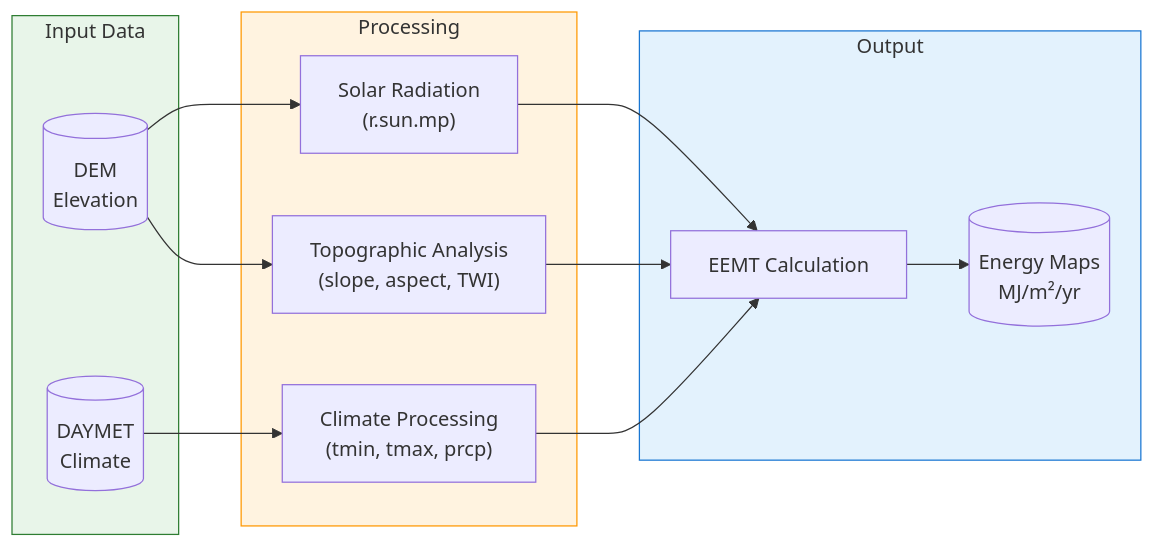
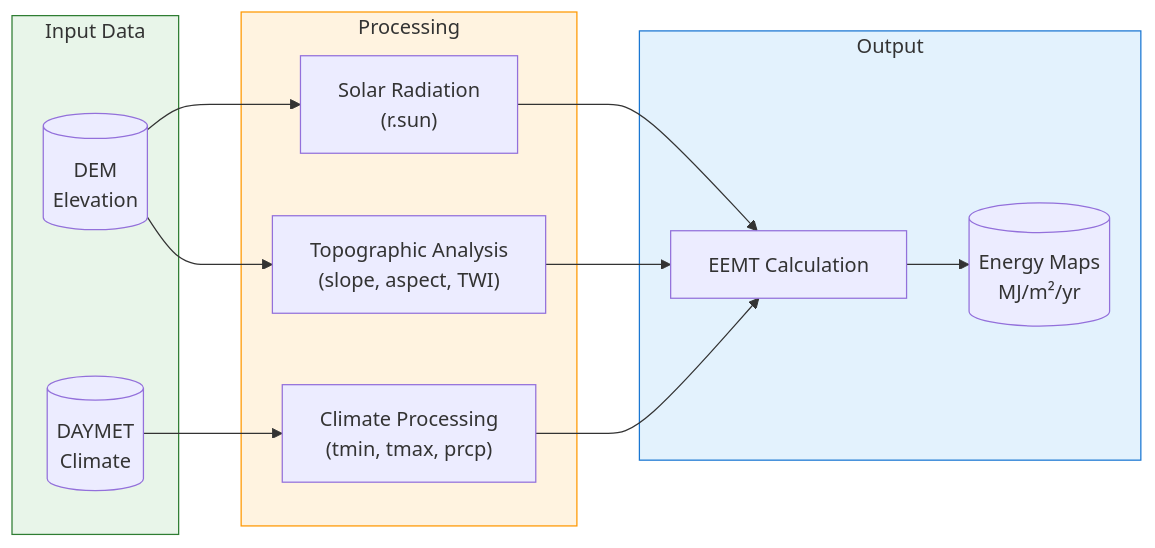
One commit to cyverse-gis/eemt changed the diagram in docs/index.md. Above: the diagram before and after it, drawn with Mermaid. The commit also changed other lines of this file and 11 other files, not shown here.

````diff
--- a/docs/index.md
+++ b/docs/index.md
@@ -39,30 +39,30 @@
 ```mermaid
 flowchart LR
     subgraph inputs[" Input Data "]
         DEM[("DEM<br/>Elevation")]
         DAYMET[("DAYMET<br/>Climate")]
     end
 
     subgraph processing[" Processing "]
-        SOL["Solar Radiation<br/>(r.sun.mp)"]
+        SOL["Solar Radiation<br/>(r.sun)"]
         TOPO["Topographic Analysis<br/>(slope, aspect, TWI)"]
         CLIMATE["Climate Processing<br/>(tmin, tmax, prcp)"]
     end
 
     subgraph output[" Output "]
         EEMT["EEMT Calculation"]
         OUT[("Energy Maps<br/>MJ/m²/yr")]
     end
 
     DEM --> SOL
     DEM --> TOPO
     DAYMET --> CLIMATE
     SOL --> EEMT
     TOPO --> EEMT
     CLIMATE --> EEMT
     EEMT --> OUT
 
     style inputs fill:#e8f5e9,stroke:#2e7d32
     style processing fill:#fff3e0,stroke:#ff9800
     style output fill:#e3f2fd,stroke:#1976d2
 ```
````
